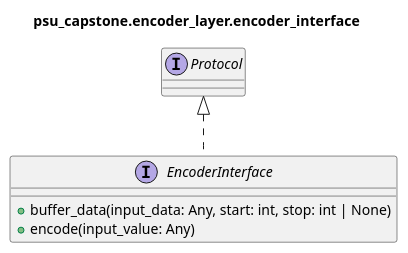
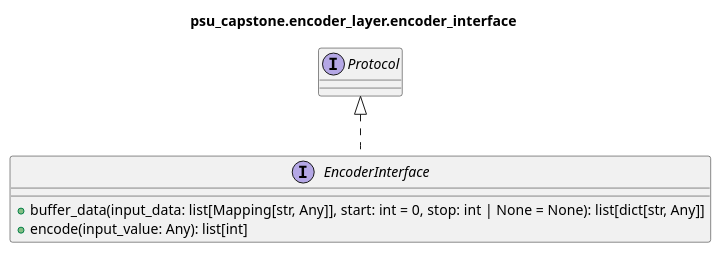
One commit to egrembocki/htmrl changed the diagram in docs/puml/psu_capstone/encoder_layer/encoder_interface.puml. Above: the diagram before and after it, drawn with PlantUML. The commit also changed 21 other files, not shown here.

Commit message:
Update UML diagrams with attributes and methods

```diff
--- a/docs/puml/psu_capstone/encoder_layer/encoder_interface.puml
+++ b/docs/puml/psu_capstone/encoder_layer/encoder_interface.puml
@@ -1,14 +1,14 @@
 @startuml
 
 title psu_capstone.encoder_layer.encoder_interface
 
 interface Protocol
 
 interface EncoderInterface {
-  +buffer_data(input_data: Any, start: int, stop: int | None)
-  +encode(input_value: Any)
+  +buffer_data(input_data: list[Mapping[str, Any]], start: int = 0, stop: int | None = None): list[dict[str, Any]]
+  +encode(input_value: Any): list[int]
 }
 
 Protocol <|.. EncoderInterface
 
 @enduml
```
